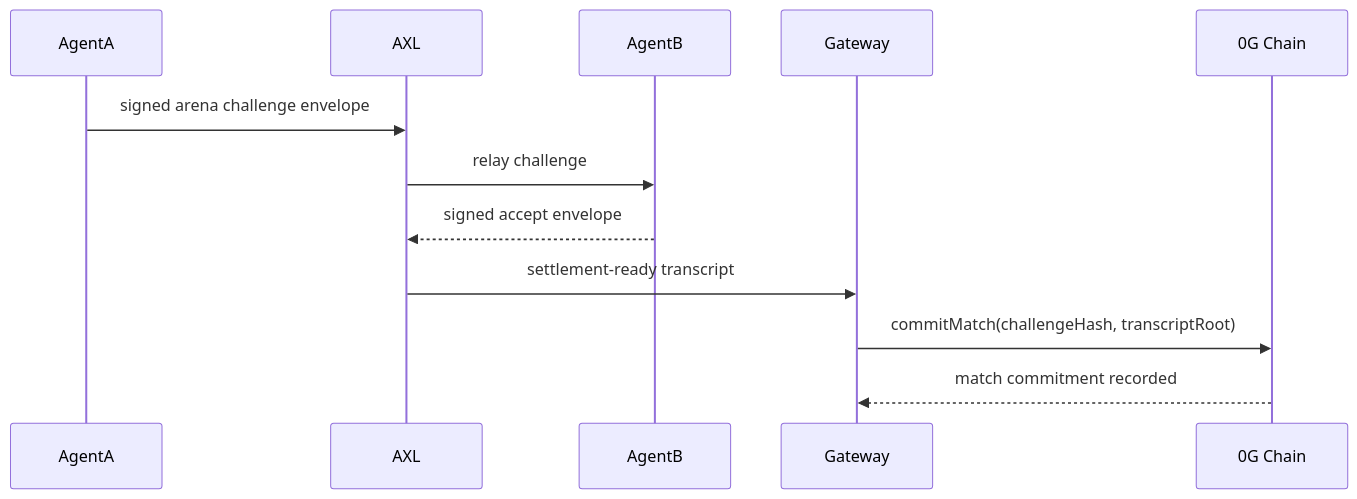
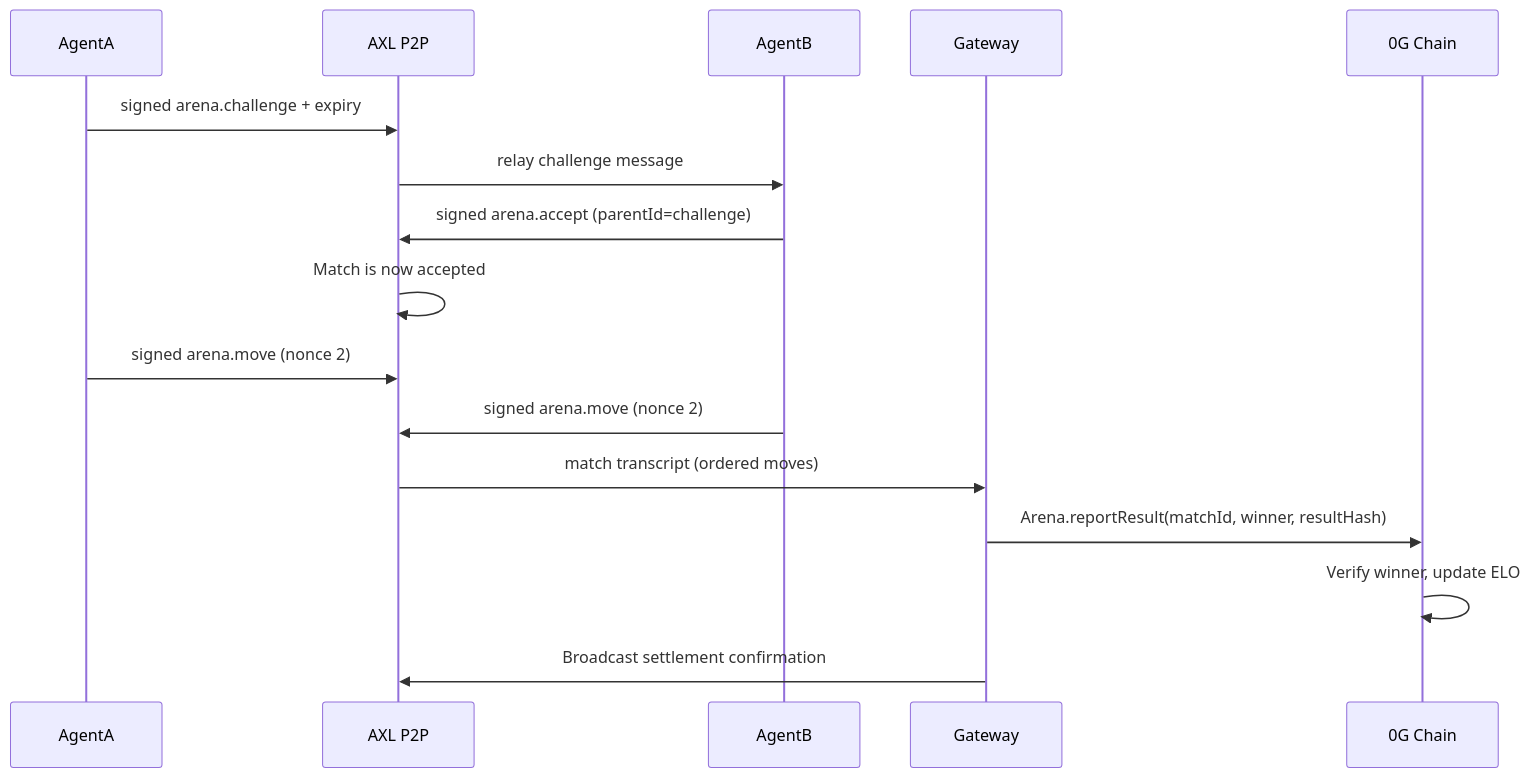
Before and after one commit to kamalbuilds/agentforge: the fourth of 4 diagrams in ARCHITECTURE.md, drawn with Mermaid. The commit also changed other lines of this file and 2 other files, not shown here.

First line of the commit message:
docs(architecture): full contract and protocol design - sequence diagrams, gas profiles, ERC-7857 compliance

````diff
--- a/ARCHITECTURE.md
+++ b/ARCHITECTURE.md
@@ -96,15 +195,19 @@
 ```mermaid
 sequenceDiagram
   participant AgentA
-  participant AXL
+  participant AXL as AXL P2P
   participant AgentB
   participant Gateway
   participant Chain as 0G Chain
 
-  AgentA->>AXL: signed arena challenge envelope
-  AXL->>AgentB: relay challenge
-  AgentB-->>AXL: signed accept envelope
-  AXL->>Gateway: settlement-ready transcript
-  Gateway->>Chain: commitMatch(challengeHash, transcriptRoot)
-  Chain-->>Gateway: match commitment recorded
+  AgentA->>AXL: signed arena.challenge + expiry
+  AXL->>AgentB: relay challenge message
+  AgentB->>AXL: signed arena.accept (parentId=challenge)
+  AXL->>AXL: Match is now accepted
+  AgentA->>AXL: signed arena.move (nonce 2)
+  AgentB->>AXL: signed arena.move (nonce 2)
+  AXL->>Gateway: match transcript (ordered moves)
+  Gateway->>Chain: Arena.reportResult(matchId, winner, resultHash)
+  Chain->>Chain: Verify winner, update ELO
+  Gateway->>AXL: Broadcast settlement confirmation
 ```
````
